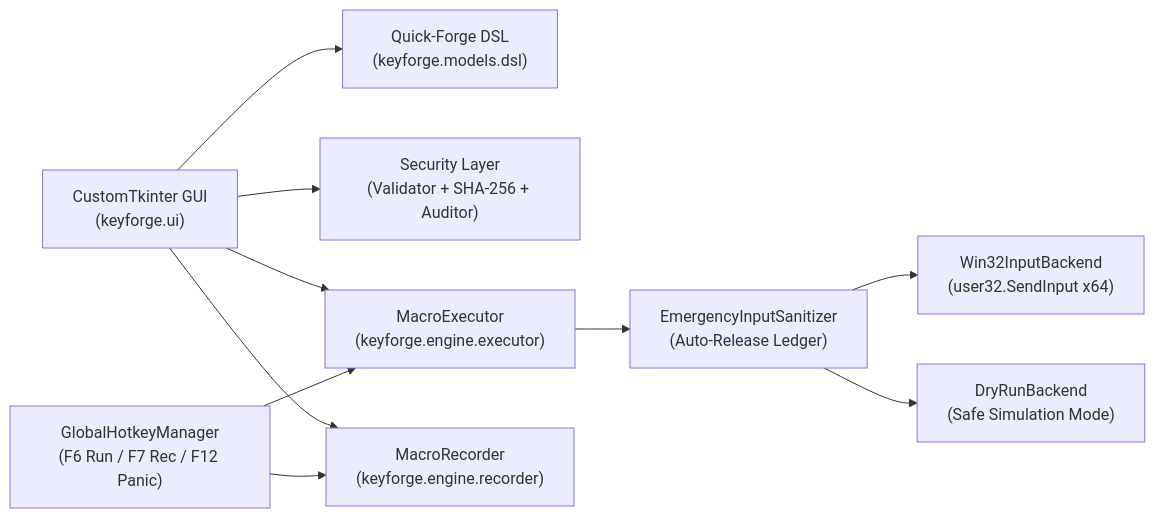
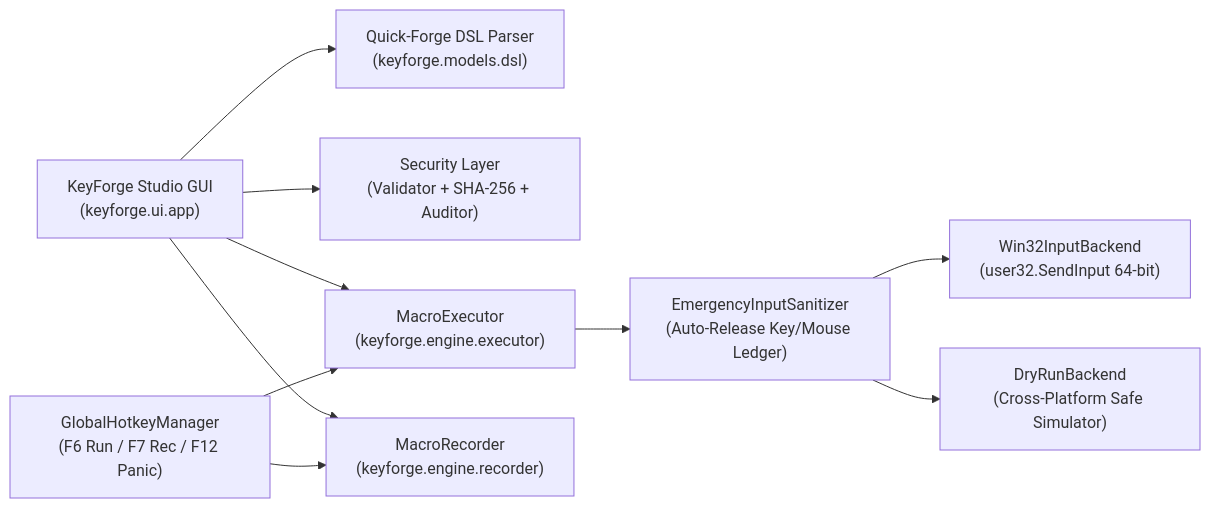
The diagram in README.md (efeartn/KeyForge), drawn with Mermaid before and after one commit. The commit also changed other lines of this file and 10 other files, not shown here.

Commit message:
feat(ui,assets,docs): add high-DPI app icon, studio UI enhancements, live screenshot, and comprehensive README

````diff
--- a/README.md
+++ b/README.md
@@ -75,12 +124,12 @@
 ```mermaid
 flowchart LR
-    UI["CustomTkinter GUI\n(keyforge.ui)"] --> DSL["Quick-Forge DSL\n(keyforge.models.dsl)"]
+    UI["KeyForge Studio GUI\n(keyforge.ui.app)"] --> DSL["Quick-Forge DSL Parser\n(keyforge.models.dsl)"]
     UI --> SEC["Security Layer\n(Validator + SHA-256 + Auditor)"]
     UI --> EXEC["MacroExecutor\n(keyforge.engine.executor)"]
     UI --> REC["MacroRecorder\n(keyforge.engine.recorder)"]
     HK["GlobalHotkeyManager\n(F6 Run / F7 Rec / F12 Panic)"] --> EXEC
     HK --> REC
-    EXEC --> SAN["EmergencyInputSanitizer\n(Auto-Release Ledger)"]
-    SAN --> WIN32["Win32InputBackend\n(user32.SendInput x64)"]
-    SAN --> DRY["DryRunBackend\n(Safe Simulation Mode)"]
+    EXEC --> SAN["EmergencyInputSanitizer\n(Auto-Release Key/Mouse Ledger)"]
+    SAN --> WIN32["Win32InputBackend\n(user32.SendInput 64-bit)"]
+    SAN --> DRY["DryRunBackend\n(Cross-Platform Safe Simulator)"]
 ```
````
